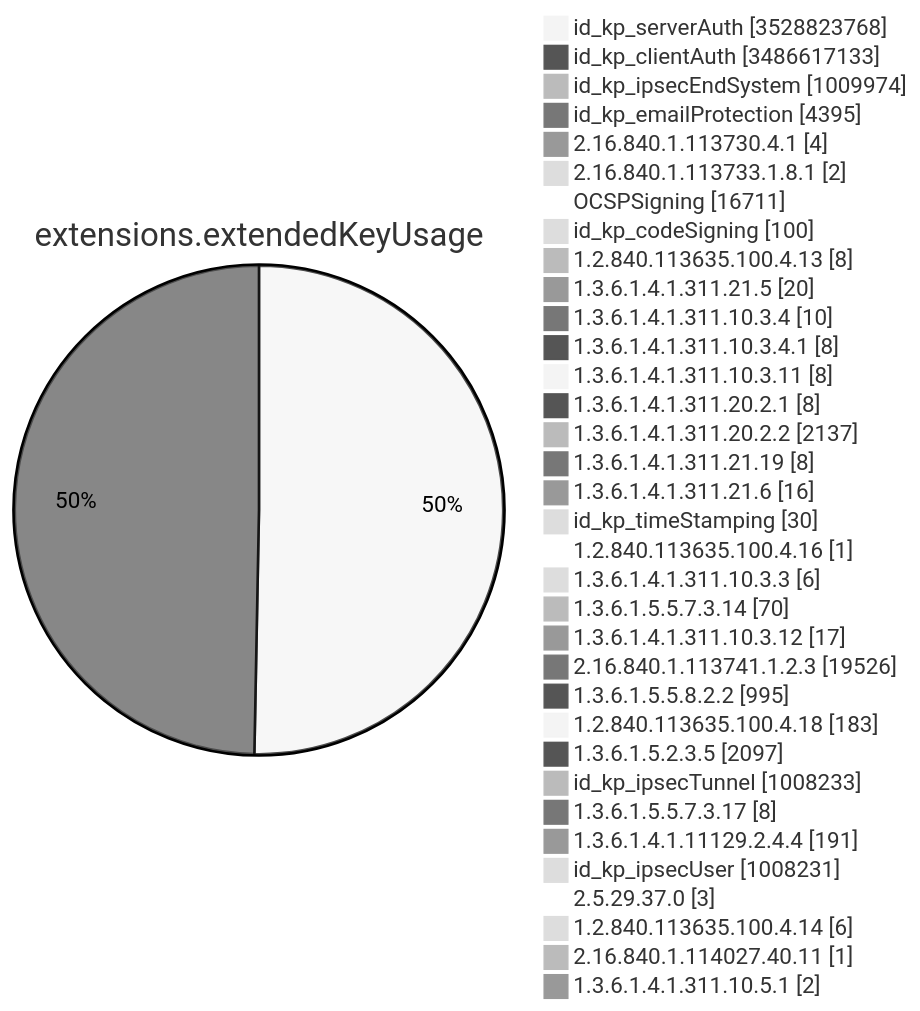
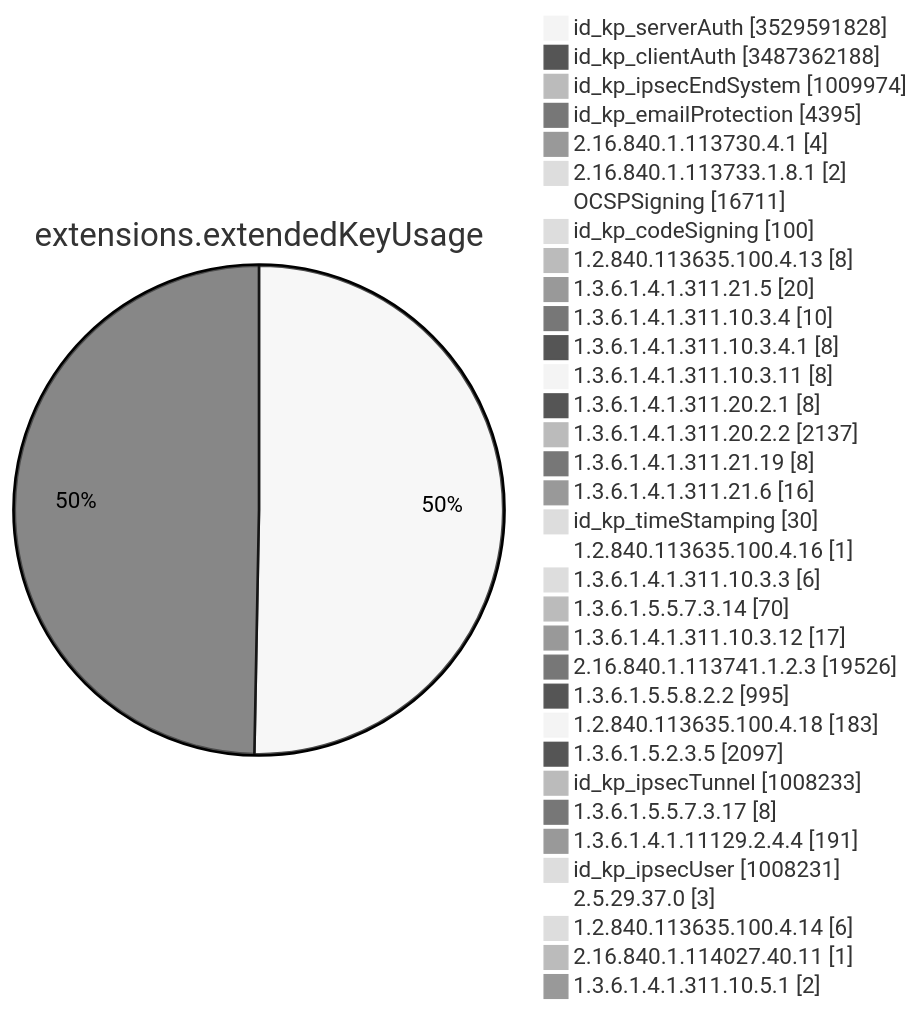
Before and after one commit to christiankrug/ctmonitor_visualization: diagram 11 of 15 in TOTAL/README.md, drawn with Mermaid (neutral theme). The commit also changed other lines of this file, not shown here.

````diff
--- a/TOTAL/README.md
+++ b/TOTAL/README.md
@@ -4127,38 +4127,38 @@
 ```mermaid
 pie showData
 title extensions.extendedKeyUsage
-"id_kp_serverAuth" :3528823768
-"id_kp_clientAuth" :3486617133
+"id_kp_serverAuth" :3529591828
+"id_kp_clientAuth" :3487362188
 "id_kp_ipsecEndSystem" :1009974
 "id_kp_emailProtection" :4395
 "2.16.840.1.113730.4.1" :4
 "2.16.840.1.113733.1.8.1" :2
 "OCSPSigning" :16711
 "id_kp_codeSigning" :100
 "1.2.840.113635.100.4.13" :8
 "1.3.6.1.4.1.311.21.5" :20
 "1.3.6.1.4.1.311.10.3.4" :10
 "1.3.6.1.4.1.311.10.3.4.1" :8
 "1.3.6.1.4.1.311.10.3.11" :8
 "1.3.6.1.4.1.311.20.2.1" :8
 "1.3.6.1.4.1.311.20.2.2" :2137
 "1.3.6.1.4.1.311.21.19" :8
 "1.3.6.1.4.1.311.21.6" :16
 "id_kp_timeStamping" :30
 "1.2.840.113635.100.4.16" :1
 "1.3.6.1.4.1.311.10.3.3" :6
 "1.3.6.1.5.5.7.3.14" :70
 "1.3.6.1.4.1.311.10.3.12" :17
 "2.16.840.1.113741.1.2.3" :19526
 "1.3.6.1.5.5.8.2.2" :995
 "1.2.840.113635.100.4.18" :183
 "1.3.6.1.5.2.3.5" :2097
 "id_kp_ipsecTunnel" :1008233
 "1.3.6.1.5.5.7.3.17" :8
 "1.3.6.1.4.1.11129.2.4.4" :191
 "id_kp_ipsecUser" :1008231
 "2.5.29.37.0" :3
 "1.2.840.113635.100.4.14" :6
 "2.16.840.1.114027.40.11" :1
 "1.3.6.1.4.1.311.10.5.1" :2
 ```
````
